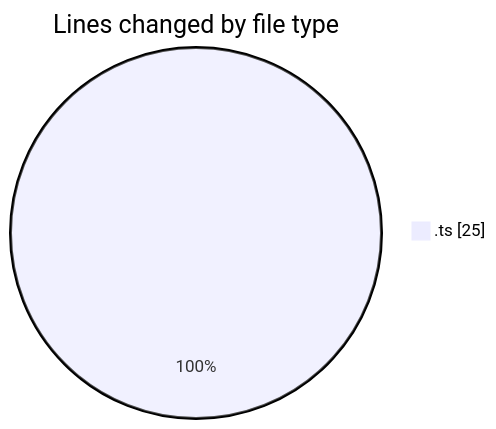
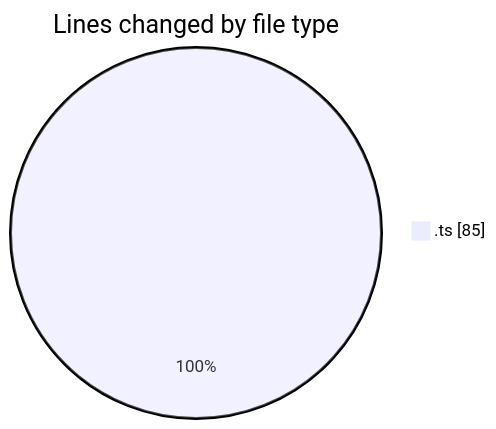
The first of 2 diagrams in 2025-07-31/cda/README.md (momahboobian/code-tracking), drawn with Mermaid before and after one commit. The commit also changed other lines of this file and 1 other file, not shown here.

````diff
--- a/2025-07-31/cda/README.md
+++ b/2025-07-31/cda/README.md
@@ -20,5 +20,5 @@
 ```mermaid
 pie showData
 title Lines changed by file type
-".ts" : 25
+".ts" : 85
 ```
````
